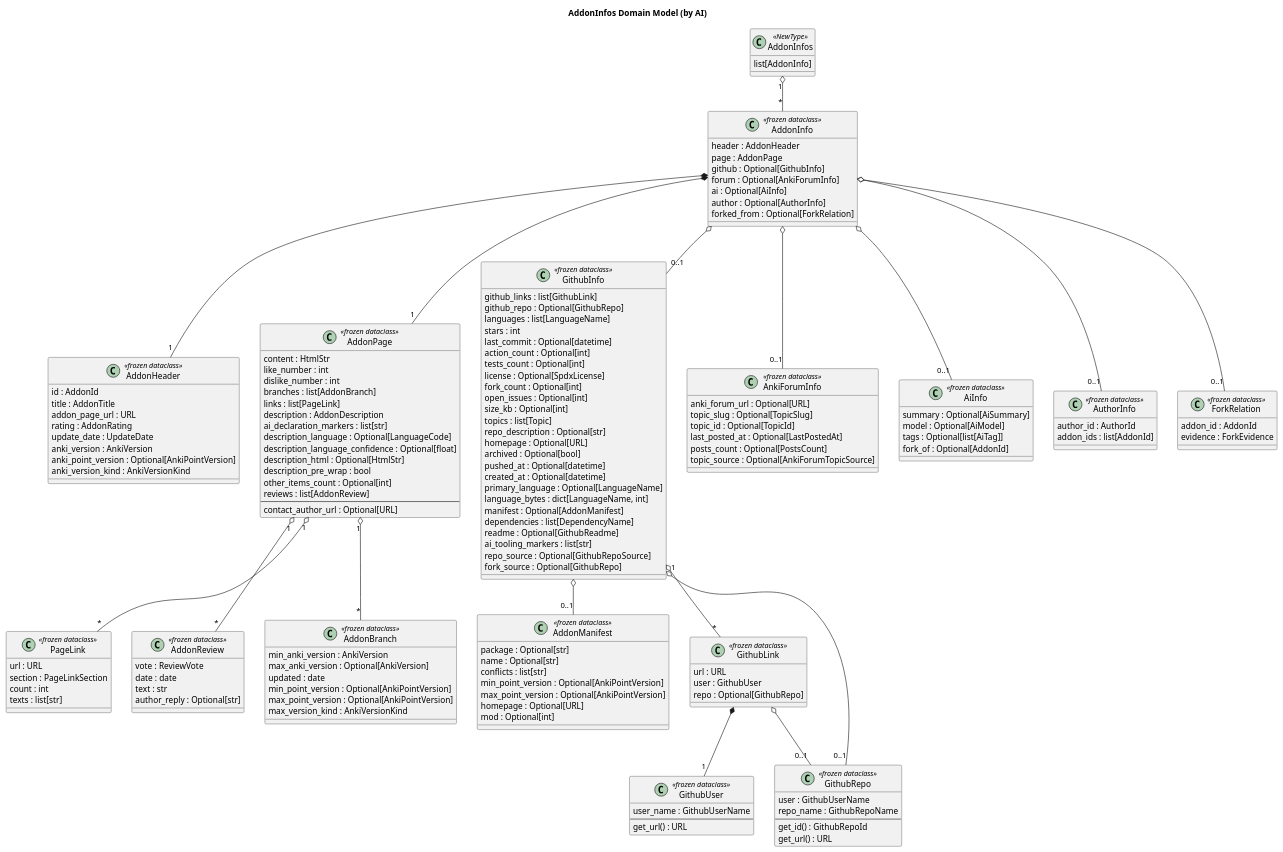
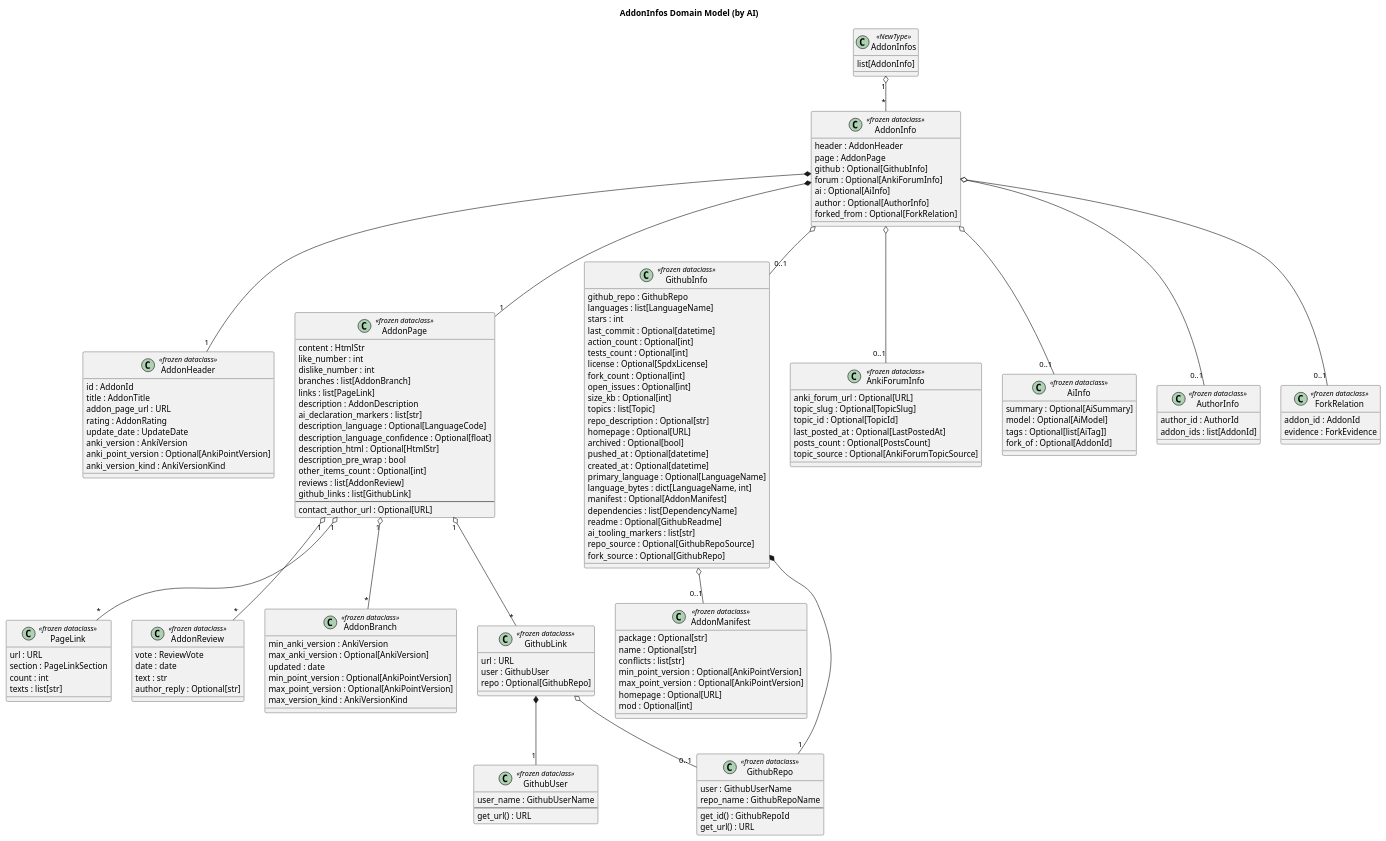
Before and after one commit to Aleks-Ya/anki-addons-dataset: the diagram in doc/uml/ai/class-addon-infos.puml, drawn with PlantUML. The commit also changed 19 other files, not shown here.

Commit message:
Keep GithubRepo in GithubInfo

```diff
--- a/doc/uml/ai/class-addon-infos.puml
+++ b/doc/uml/ai/class-addon-infos.puml
@@ -1,178 +1,178 @@
 @startuml
 
 title AddonInfos Domain Model (by AI)
 
 skinparam packageStyle rectangle
 
 class AddonInfos <<NewType>> {
   list[AddonInfo]
 }
 
 class AddonInfo <<frozen dataclass>> {
   header : AddonHeader
   page : AddonPage
   github : Optional[GithubInfo]
   forum : Optional[AnkiForumInfo]
   ai : Optional[AiInfo]
   author : Optional[AuthorInfo]
   forked_from : Optional[ForkRelation]
 }
 
 class AddonHeader <<frozen dataclass>> {
   id : AddonId
   title : AddonTitle
   addon_page_url : URL
   rating : AddonRating
   update_date : UpdateDate
   anki_version : AnkiVersion
   anki_point_version : Optional[AnkiPointVersion]
   anki_version_kind : AnkiVersionKind
 }
 
 class AddonPage <<frozen dataclass>> {
   content : HtmlStr
   like_number : int
   dislike_number : int
   branches : list[AddonBranch]
   links : list[PageLink]
   description : AddonDescription
   ai_declaration_markers : list[str]
   description_language : Optional[LanguageCode]
   description_language_confidence : Optional[float]
   description_html : Optional[HtmlStr]
   description_pre_wrap : bool
   other_items_count : Optional[int]
   reviews : list[AddonReview]
+  github_links : list[GithubLink]
   --
   contact_author_url : Optional[URL]
 }
 
 class PageLink <<frozen dataclass>> {
   url : URL
   section : PageLinkSection
   count : int
   texts : list[str]
 }
 
 class AddonReview <<frozen dataclass>> {
   vote : ReviewVote
   date : date
   text : str
   author_reply : Optional[str]
 }
 
 class AddonBranch <<frozen dataclass>> {
   min_anki_version : AnkiVersion
   max_anki_version : Optional[AnkiVersion]
   updated : date
   min_point_version : Optional[AnkiPointVersion]
   max_point_version : Optional[AnkiPointVersion]
   max_version_kind : AnkiVersionKind
 }
 
 class GithubInfo <<frozen dataclass>> {
-  github_links : list[GithubLink]
-  github_repo : Optional[GithubRepo]
+  github_repo : GithubRepo
   languages : list[LanguageName]
   stars : int
   last_commit : Optional[datetime]
   action_count : Optional[int]
   tests_count : Optional[int]
   license : Optional[SpdxLicense]
   fork_count : Optional[int]
   open_issues : Optional[int]
   size_kb : Optional[int]
   topics : list[Topic]
   repo_description : Optional[str]
   homepage : Optional[URL]
   archived : Optional[bool]
   pushed_at : Optional[datetime]
   created_at : Optional[datetime]
   primary_language : Optional[LanguageName]
   language_bytes : dict[LanguageName, int]
   manifest : Optional[AddonManifest]
   dependencies : list[DependencyName]
   readme : Optional[GithubReadme]
   ai_tooling_markers : list[str]
   repo_source : Optional[GithubRepoSource]
   fork_source : Optional[GithubRepo]
 }
 
 class AddonManifest <<frozen dataclass>> {
   package : Optional[str]
   name : Optional[str]
   conflicts : list[str]
   min_point_version : Optional[AnkiPointVersion]
   max_point_version : Optional[AnkiPointVersion]
   homepage : Optional[URL]
   mod : Optional[int]
 }
 
 class GithubLink <<frozen dataclass>> {
   url : URL
   user : GithubUser
   repo : Optional[GithubRepo]
 }
 
 class GithubUser <<frozen dataclass>> {
   user_name : GithubUserName
   --
   get_url() : URL
 }
 
 class GithubRepo <<frozen dataclass>> {
   user : GithubUserName
   repo_name : GithubRepoName
   --
   get_id() : GithubRepoId
   get_url() : URL
 }
 
 class AnkiForumInfo <<frozen dataclass>> {
   anki_forum_url : Optional[URL]
   topic_slug : Optional[TopicSlug]
   topic_id : Optional[TopicId]
   last_posted_at : Optional[LastPostedAt]
   posts_count : Optional[PostsCount]
   topic_source : Optional[AnkiForumTopicSource]
 }
 
 class AiInfo <<frozen dataclass>> {
   summary : Optional[AiSummary]
   model : Optional[AiModel]
   tags : Optional[list[AiTag]]
   fork_of : Optional[AddonId]
 }
 
 class AuthorInfo <<frozen dataclass>> {
   author_id : AuthorId
   addon_ids : list[AddonId]
 }
 
 class ForkRelation <<frozen dataclass>> {
   addon_id : AddonId
   evidence : ForkEvidence
 }
 
 AddonInfos "1" o-- "*" AddonInfo
 
 AddonInfo *-- "1" AddonHeader
 AddonInfo *-- "1" AddonPage
 AddonInfo o-- "0..1" GithubInfo
 AddonInfo o-- "0..1" AnkiForumInfo
 AddonInfo o-- "0..1" AiInfo
 AddonInfo o-- "0..1" AuthorInfo
 AddonInfo o-- "0..1" ForkRelation
 
 AddonPage "1" o-- "*" AddonBranch
 AddonPage "1" o-- "*" PageLink
 AddonPage "1" o-- "*" AddonReview
+AddonPage "1" o-- "*" GithubLink
 
-GithubInfo "1" o-- "*" GithubLink
-GithubInfo o-- "0..1" GithubRepo
+GithubInfo *-- "1" GithubRepo
 GithubInfo o-- "0..1" AddonManifest
 
 GithubLink *-- "1" GithubUser
 GithubLink o-- "0..1" GithubRepo
 
 @enduml
```
